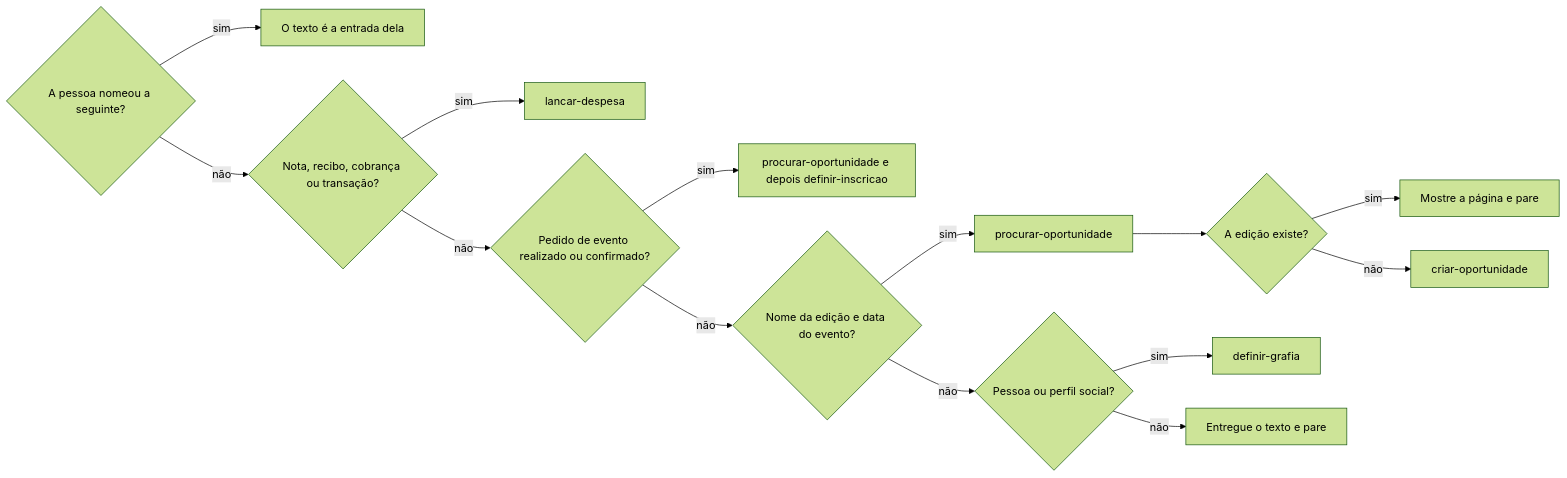
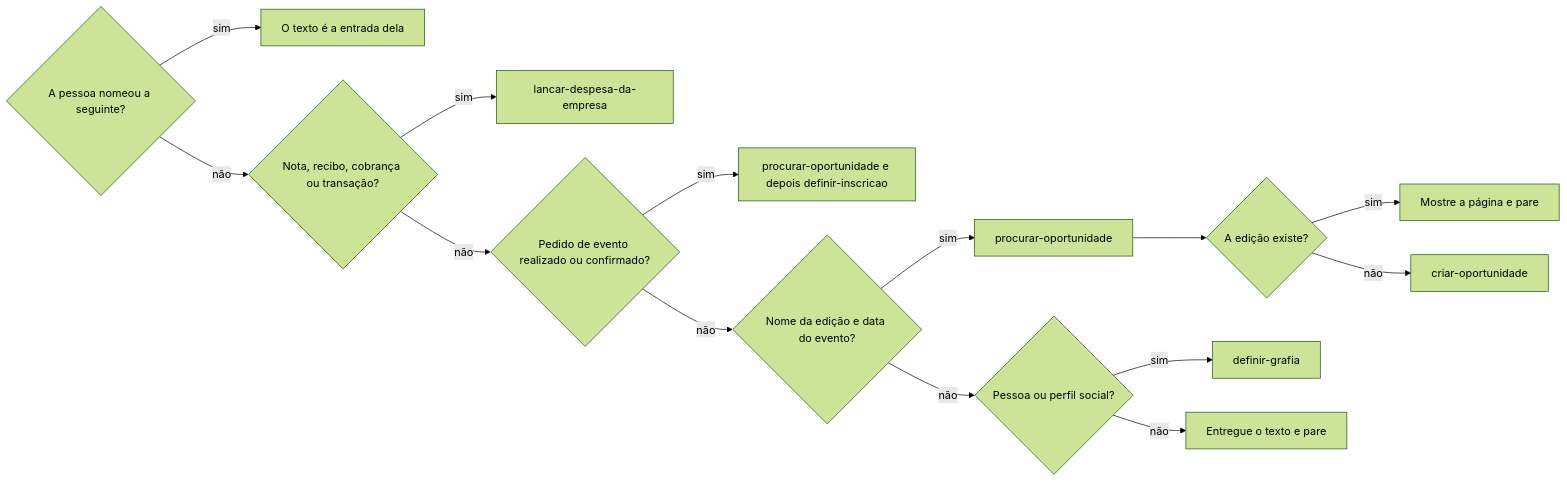
Before and after one commit to jimmyandrade/harness: the diagram in .agents/skills/reconhecer-imagem/SKILL.md, drawn with Mermaid (forest theme). The commit also changed other lines of this file and 16 other files, not shown here.

First line of the commit message:
feat(lancar-despesa-da-empresa)!: name the company in the expense skill

````diff
--- a/.agents/skills/reconhecer-imagem/SKILL.md
+++ b/.agents/skills/reconhecer-imagem/SKILL.md
@@ -48,16 +48,16 @@
 ```mermaid
 flowchart LR
   A{A pessoa nomeou a seguinte?} -->|sim| B[O texto é a entrada dela]
   A -->|não| M{Nota, recibo, cobrança ou transação?}
-  M -->|sim| N[lancar-despesa]
+  M -->|sim| N[lancar-despesa-da-empresa]
   M -->|não| C{Pedido de evento realizado ou confirmado?}
   C -->|sim| D[procurar-oportunidade e depois definir-inscricao]
   C -->|não| E{Nome da edição e data do evento?}
   E -->|sim| F[procurar-oportunidade]
   F --> J{A edição existe?}
   J -->|sim| K[Mostre a página e pare]
   J -->|não| L[criar-oportunidade]
   E -->|não| H{Pessoa ou perfil social?}
   H -->|sim| I[definir-grafia]
   H -->|não| G[Entregue o texto e pare]
 ```
````
